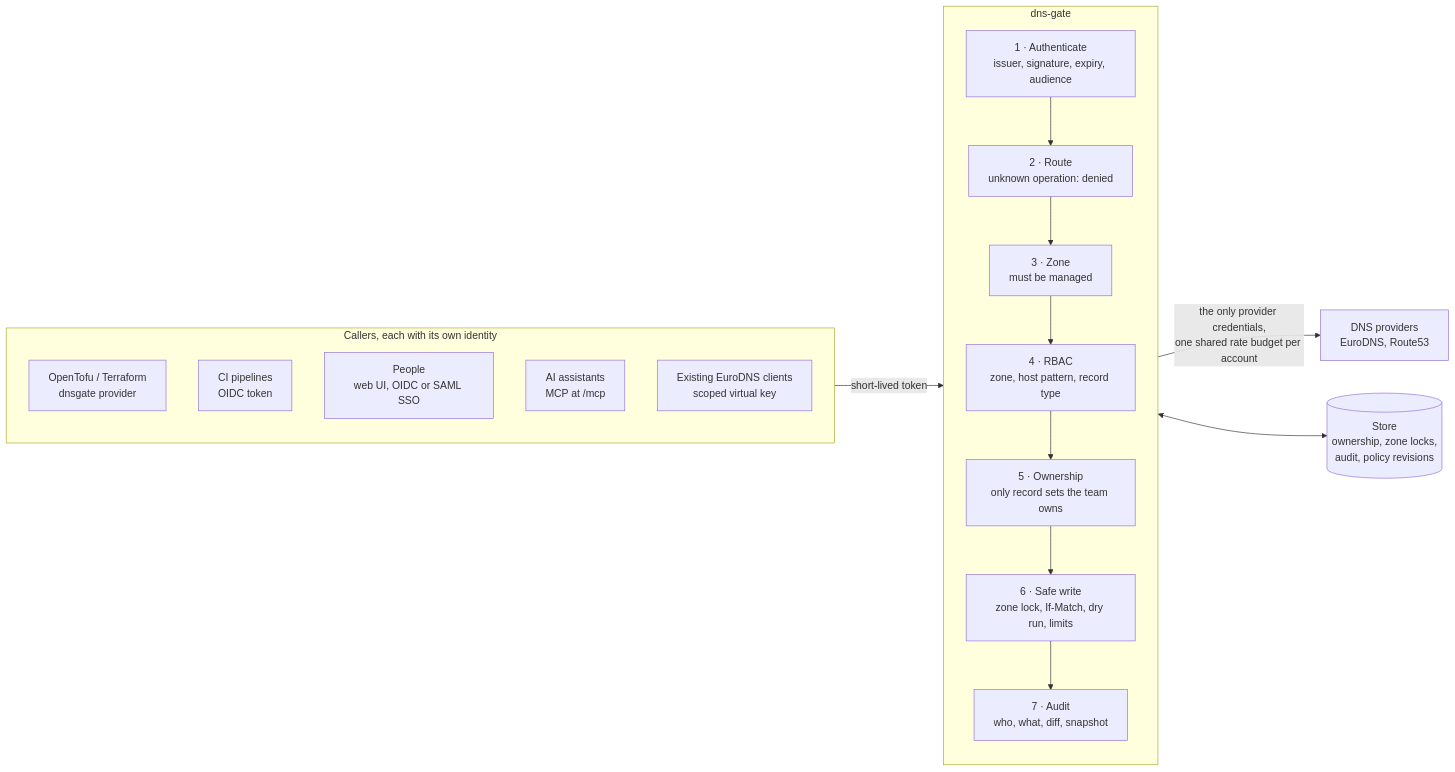
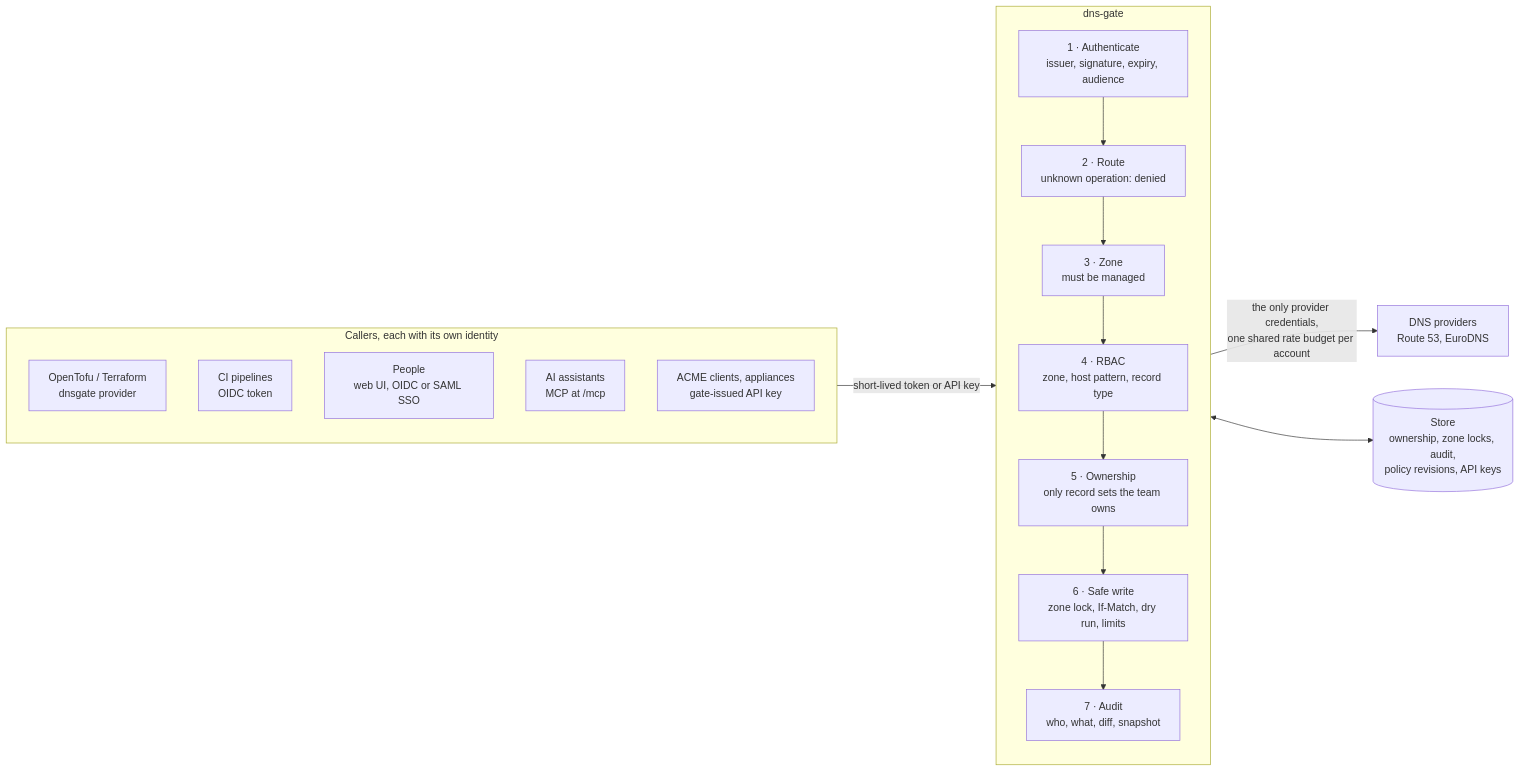
One commit to KamorionLabs/dns-gate changed the first of 2 diagrams in README.md. Above: the diagram before and after it, drawn with Mermaid. The commit also changed other lines of this file and 56 other files, not shown here.

First line of the commit message:
feat: API keys, OIDC token exchange and ACME DNS-01 endpoints (lego httpreq, acme-dns) (#65)

````diff
--- a/README.md
+++ b/README.md
@@ -74,30 +77,30 @@
 ```mermaid
 flowchart LR
   subgraph callers["Callers, each with its own identity"]
     direction TB
     tf["OpenTofu / Terraform<br/>dnsgate provider"]
     ci["CI pipelines<br/>OIDC token"]
     people["People<br/>web UI, OIDC or SAML SSO"]
     agents["AI assistants<br/>MCP at /mcp"]
-    legacy["Existing EuroDNS clients<br/>scoped virtual key"]
+    keys["ACME clients, appliances<br/>gate-issued API key"]
   end
 
   subgraph gate["dns-gate"]
     direction TB
     authn["1 · Authenticate<br/>issuer, signature, expiry, audience"]
     route["2 · Route<br/>unknown operation: denied"]
     zone["3 · Zone<br/>must be managed"]
     rbac["4 · RBAC<br/>zone, host pattern, record type"]
     own["5 · Ownership<br/>only record sets the team owns"]
     write["6 · Safe write<br/>zone lock, If-Match, dry run, limits"]
     audit["7 · Audit<br/>who, what, diff, snapshot"]
     authn --> route --> zone --> rbac --> own --> write --> audit
   end
 
-  store[("Store<br/>ownership, zone locks,<br/>audit, policy revisions")]
-  eurodns["DNS providers<br/>EuroDNS, Route53"]
+  store[("Store<br/>ownership, zone locks, audit,<br/>policy revisions, API keys")]
+  providers["DNS providers<br/>Route 53, EuroDNS"]
 
-  callers -- "short-lived token" --> gate
-  gate -- "the only provider credentials,<br/>one shared rate budget per account" --> eurodns
+  callers -- "short-lived token or API key" --> gate
+  gate -- "the only provider credentials,<br/>one shared rate budget per account" --> providers
   gate <--> store
 ```
````
